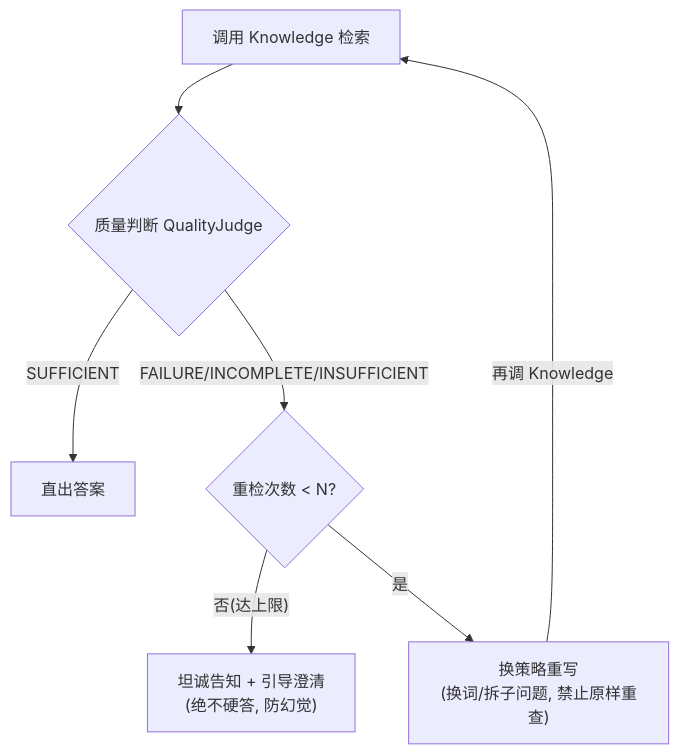
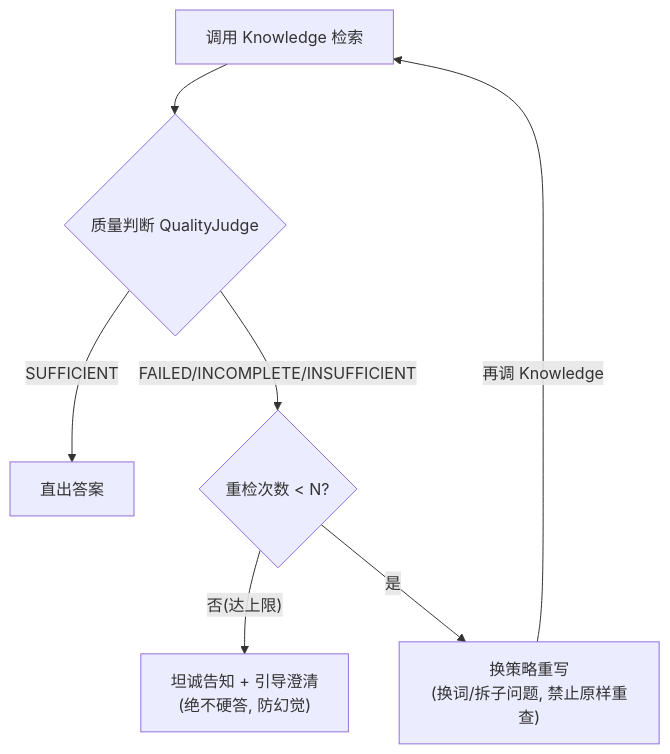
One commit to liyunyi-gif/Xiaomi-Shopping-Agent changed the third of 6 diagrams in doc/主Agent-技术架构.md. Above: the diagram before and after it, drawn with Mermaid. The commit also changed other lines of this file and 19 other files, not shown here.

````diff
--- a/doc/主Agent-技术架构.md
+++ b/doc/主Agent-技术架构.md
@@ -212,9 +223,9 @@
 ```mermaid
 graph TD
     START["调用 Knowledge 检索"] --> J{"质量判断 QualityJudge"}
     J -- "SUFFICIENT" --> OUT["直出答案"]
-    J -- "FAILURE/INCOMPLETE/INSUFFICIENT" --> C{"重检次数 &lt; N?"}
+    J -- "FAILED/INCOMPLETE/INSUFFICIENT" --> C{"重检次数 &lt; N?"}
     C -- "否(达上限)" --> GIVEUP["坦诚告知 + 引导澄清<br/>(绝不硬答, 防幻觉)"]
     C -- "是" --> RW["换策略重写<br/>(换词/拆子问题, 禁止原样重查)"]
     RW -->|再调 Knowledge| START
 ```
````
